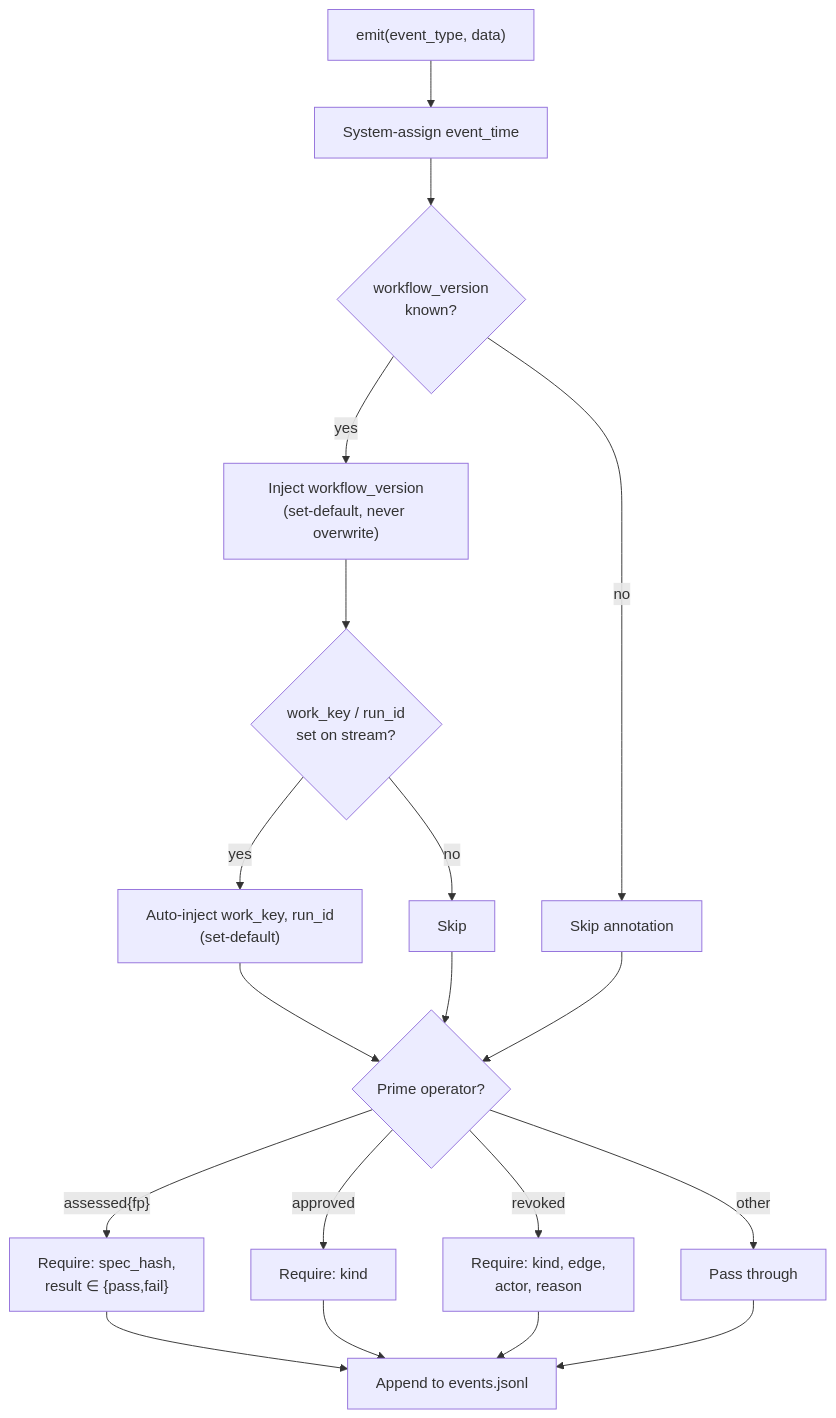
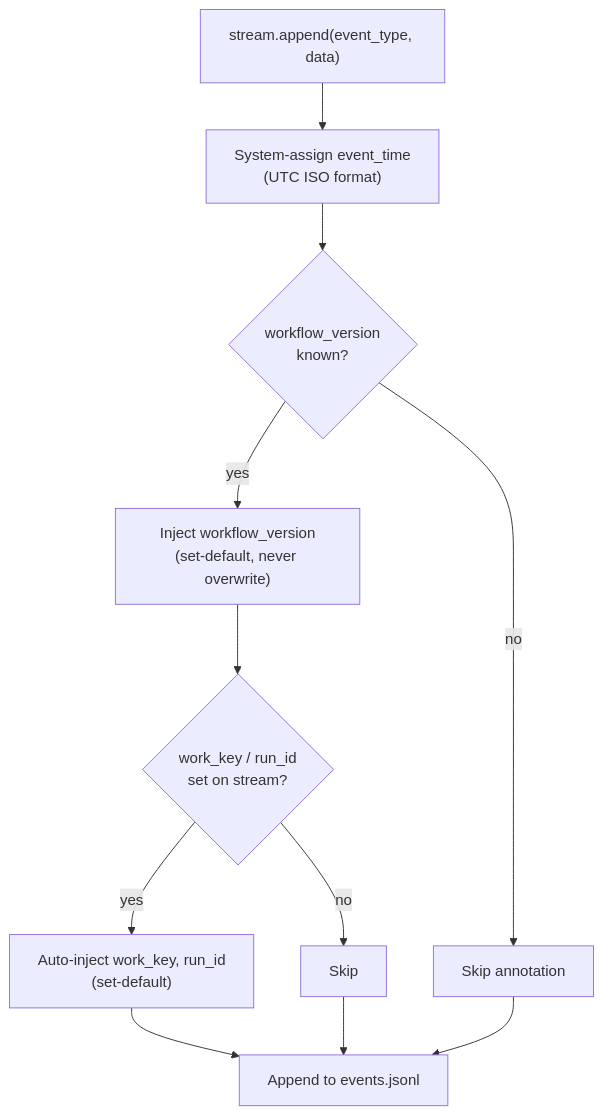
Diagram 18 of 23 in docs/ABG_Design_Document.md (foolishimp/abiogenesis), drawn with Mermaid before and after one commit. The commit also changed other lines of this file and 90 other files, not shown here.

````diff
--- a/docs/ABG_Design_Document.md
+++ b/docs/ABG_Design_Document.md
@@ -628,22 +826,13 @@
 ```mermaid
 flowchart TD
-    E["emit(event_type, data)"] --> TS["System-assign event_time"]
+    E["stream.append(event_type, data)"] --> TS["System-assign event_time\n(UTC ISO format)"]
     TS --> WV{"workflow_version\nknown?"}
     WV -->|yes| AN["Inject workflow_version\n(set-default, never overwrite)"]
     WV -->|no| SK["Skip annotation"]
     AN --> WKI{"work_key / run_id\nset on stream?"}
     WKI -->|yes| INJ["Auto-inject work_key, run_id\n(set-default)"]
     WKI -->|no| SK2["Skip"]
-    INJ --> VAL{"Prime operator?"}
-    SK --> VAL
-    SK2 --> VAL
-
-    VAL -->|"assessed{fp}"| V1["Require: spec_hash,\nresult ∈ {pass,fail}"]
-    VAL -->|"approved"| V2["Require: kind"]
-    VAL -->|"revoked"| V3["Require: kind, edge,\nactor, reason"]
-    VAL -->|"other"| OK["Pass through"]
-    V1 --> AP["Append to events.jsonl"]
-    V2 --> AP
-    V3 --> AP
-    OK --> AP
+    INJ --> AP["Append to events.jsonl"]
+    SK --> AP
+    SK2 --> AP
 ```
````
